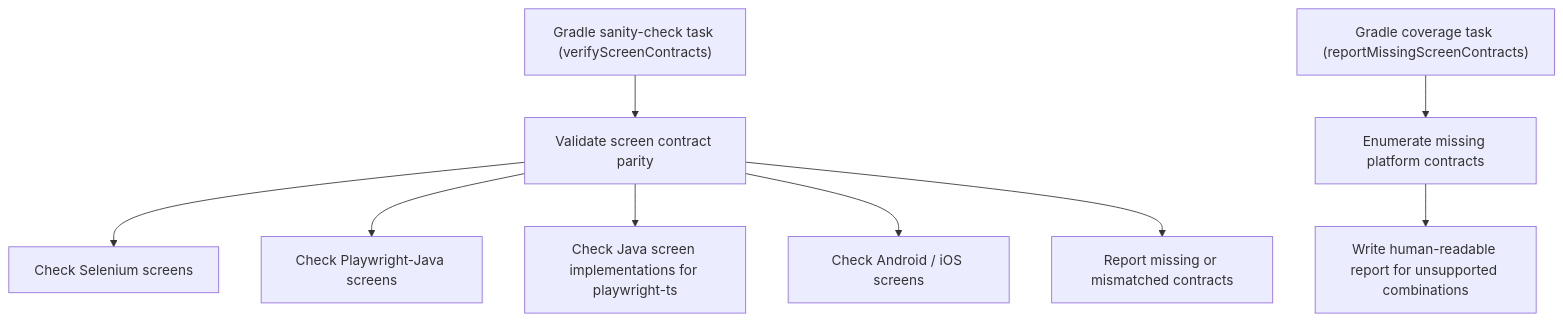
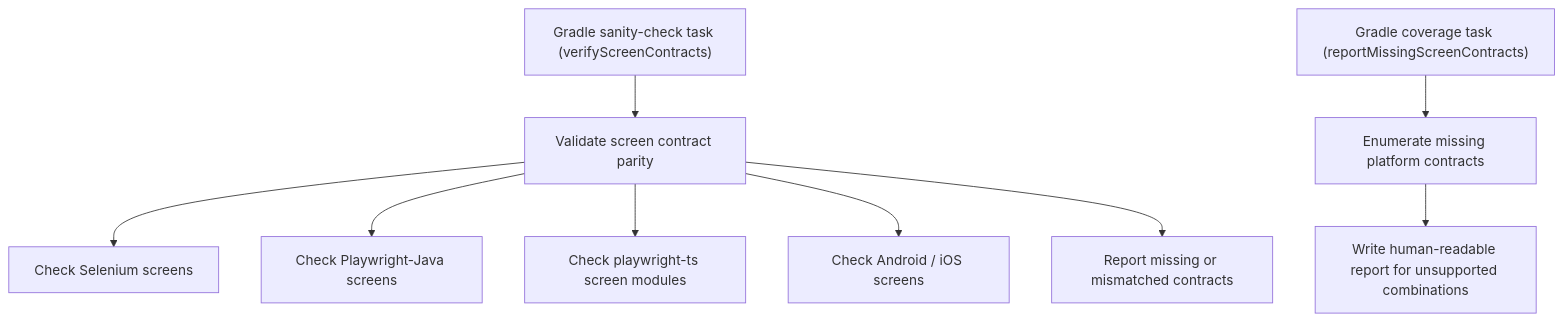
One commit to znsio/teswiz changed the third of 3 diagrams in docs/Architecture-README.md. Above: the diagram before and after it, drawn with Mermaid. The commit also changed other lines of this file and 4 other files, not shown here.

Commit message:
Clarify playwright-ts module wording and sanity-check output

````diff
--- a/docs/Architecture-README.md
+++ b/docs/Architecture-README.md
@@ -83,12 +83,12 @@
 ```mermaid
 flowchart TD
     G["Gradle sanity-check task (verifyScreenContracts)"] --> C[Validate screen contract parity]
     C --> S1[Check Selenium screens]
     C --> S2[Check Playwright-Java screens]
-    C --> S3["Check Java screen implementations for playwright-ts"]
+    C --> S3["Check playwright-ts screen modules"]
     C --> S4[Check Android / iOS screens]
     C --> R[Report missing or mismatched contracts]
 
     M["Gradle coverage task (reportMissingScreenContracts)"] --> B[Enumerate missing platform contracts]
     B --> OUT[Write human-readable report for unsupported combinations]
 ```
````
